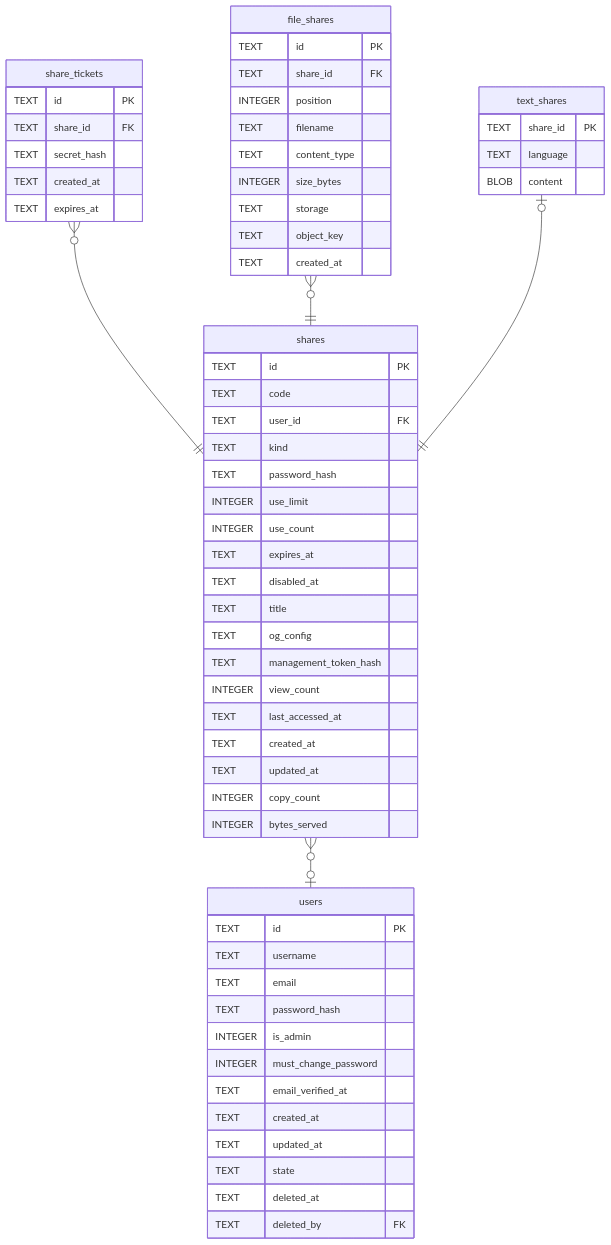
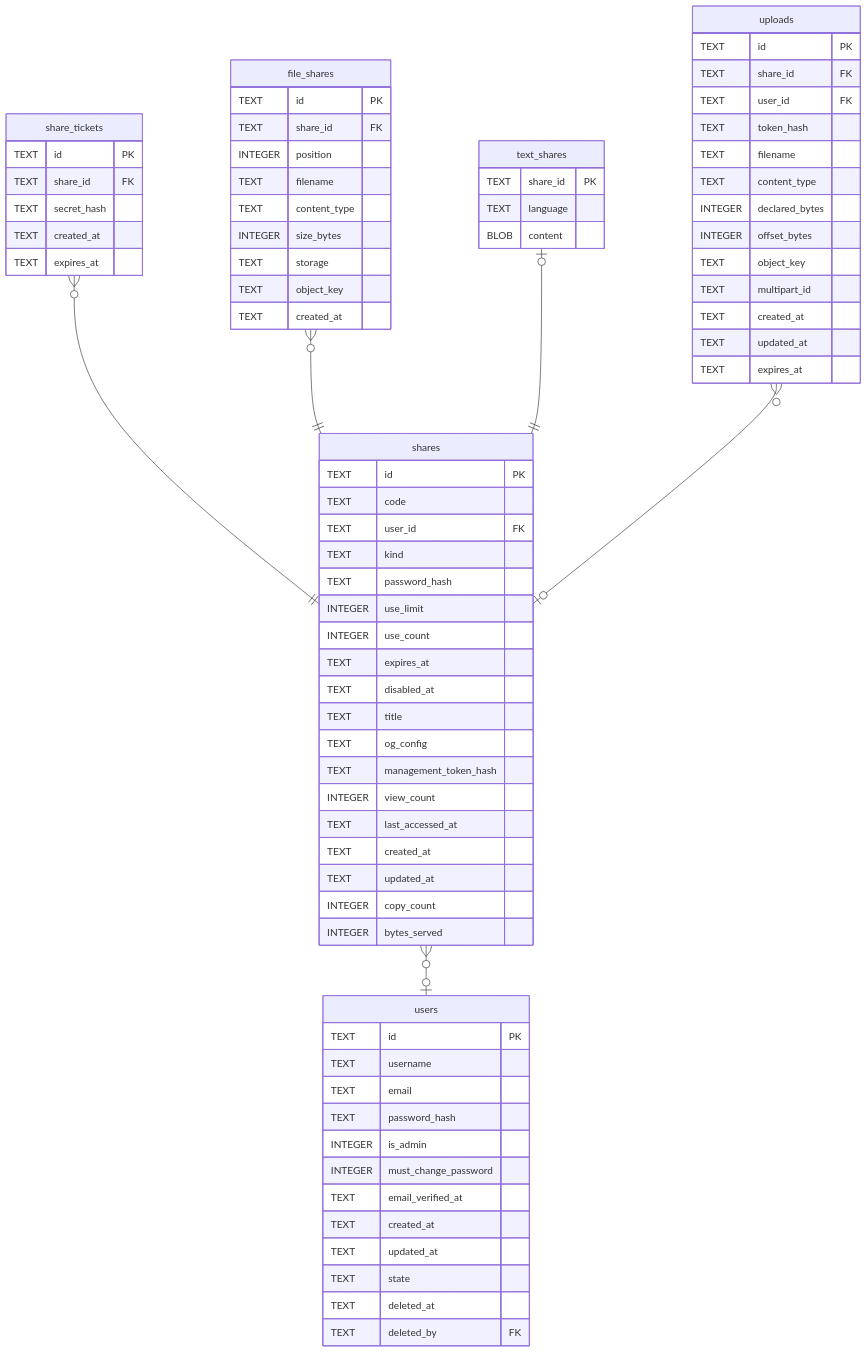
The diagram in docs/schema/shares.md (Limatura/tessera), drawn with Mermaid before and after one commit. The commit also changed other lines of this file and 5 other files, not shown here.

Commit message:
docs(schema): 重產,uploads 和 upload_parts 進去

````diff
--- a/docs/schema/shares.md
+++ b/docs/schema/shares.md
@@ -94,66 +94,82 @@
 ```mermaid
 erDiagram
 
 "share_tickets" }o--|| "shares" : ""
 "file_shares" }o--|| "shares" : ""
 "text_shares" |o--|| "shares" : ""
+"uploads" }o--o| "shares" : ""
 "shares" }o--o| "users" : ""
 
 "shares" {
   TEXT id PK
   TEXT code
   TEXT user_id FK
   TEXT kind
   TEXT password_hash
   INTEGER use_limit
   INTEGER use_count
   TEXT expires_at
   TEXT disabled_at
   TEXT title
   TEXT og_config
   TEXT management_token_hash
   INTEGER view_count
   TEXT last_accessed_at
   TEXT created_at
   TEXT updated_at
   INTEGER copy_count
   INTEGER bytes_served
 }
 "share_tickets" {
   TEXT id PK
   TEXT share_id FK
   TEXT secret_hash
   TEXT created_at
   TEXT expires_at
 }
 "file_shares" {
   TEXT id PK
   TEXT share_id FK
   INTEGER position
   TEXT filename
   TEXT content_type
   INTEGER size_bytes
   TEXT storage
   TEXT object_key
   TEXT created_at
 }
 "text_shares" {
   TEXT share_id PK
   TEXT language
   BLOB content
 }
+"uploads" {
+  TEXT id PK
+  TEXT share_id FK
+  TEXT user_id FK
+  TEXT token_hash
+  TEXT filename
+  TEXT content_type
+  INTEGER declared_bytes
+  INTEGER offset_bytes
+  TEXT object_key
+  TEXT multipart_id
+  TEXT created_at
+  TEXT updated_at
+  TEXT expires_at
+}
 "users" {
   TEXT id PK
   TEXT username
   TEXT email
   TEXT password_hash
   INTEGER is_admin
   INTEGER must_change_password
   TEXT email_verified_at
   TEXT created_at
   TEXT updated_at
   TEXT state
   TEXT deleted_at
   TEXT deleted_by FK
 }
 ```
````
